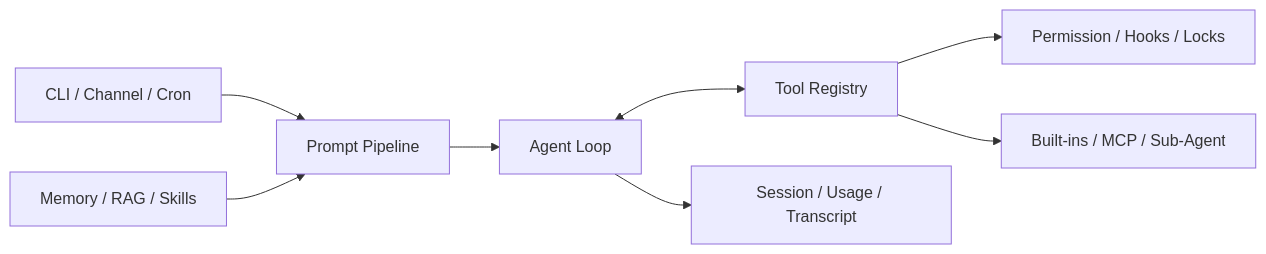
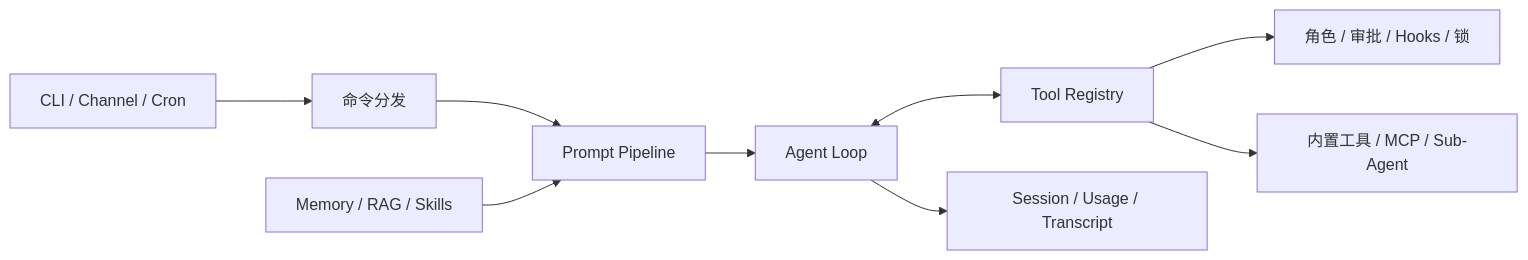
Before and after one commit to Evan-Lorne/agent-harness: the diagram in README.md, drawn with Mermaid. The commit also changed other lines of this file and 1 other file, not shown here.

Commit message:
docs: document architecture and setup

````diff
--- a/README.md
+++ b/README.md
@@ -40,10 +21,11 @@
 ```mermaid
 flowchart LR
-  Entry[CLI / Channel / Cron] --> Prompt[Prompt Pipeline]
+  Entry[CLI / Channel / Cron] --> Command[命令分发]
+  Command --> Prompt[Prompt Pipeline]
+  Memory[Memory / RAG / Skills] --> Prompt
   Prompt --> Loop[Agent Loop]
-  Memory[Memory / RAG / Skills] --> Prompt
-  Loop <--> Tools[Tool Registry]
-  Tools --> Guard[Permission / Hooks / Locks]
-  Tools --> Capability[Built-ins / MCP / Sub-Agent]
-  Loop --> Record[Session / Usage / Transcript]
+  Loop <--> Registry[Tool Registry]
+  Registry --> Guard[角色 / 审批 / Hooks / 锁]
+  Registry --> Tools[内置工具 / MCP / Sub-Agent]
+  Loop --> State[Session / Usage / Transcript]
 ```
````
